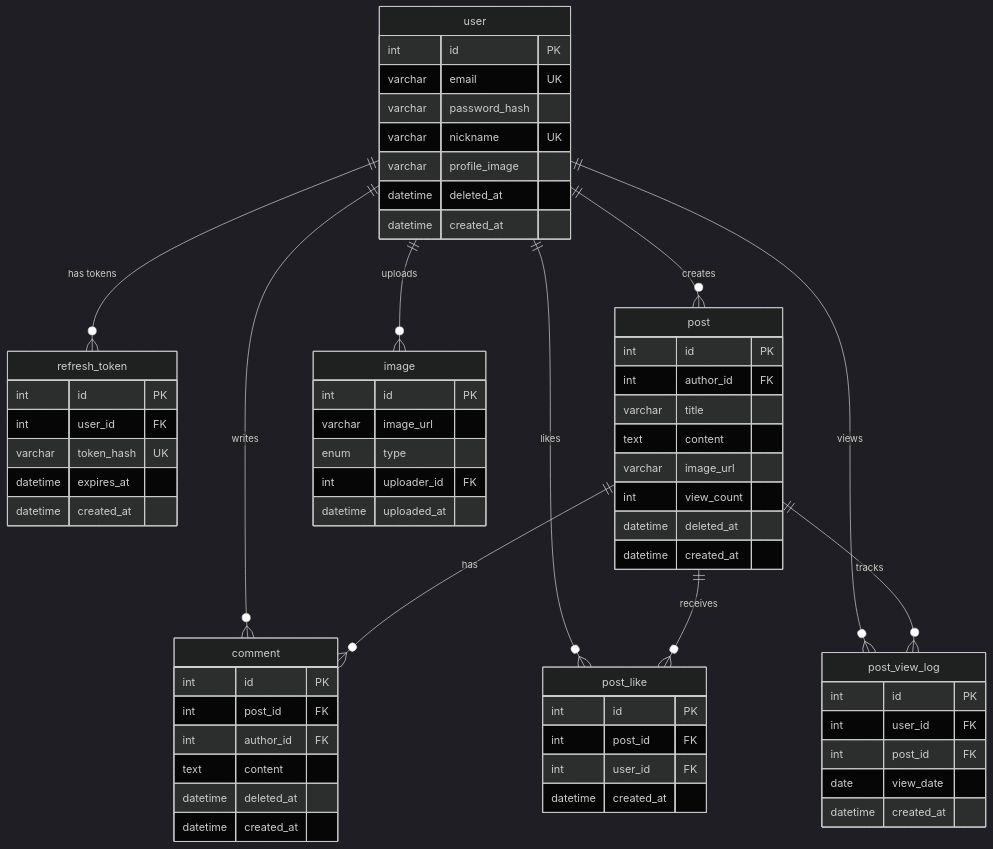
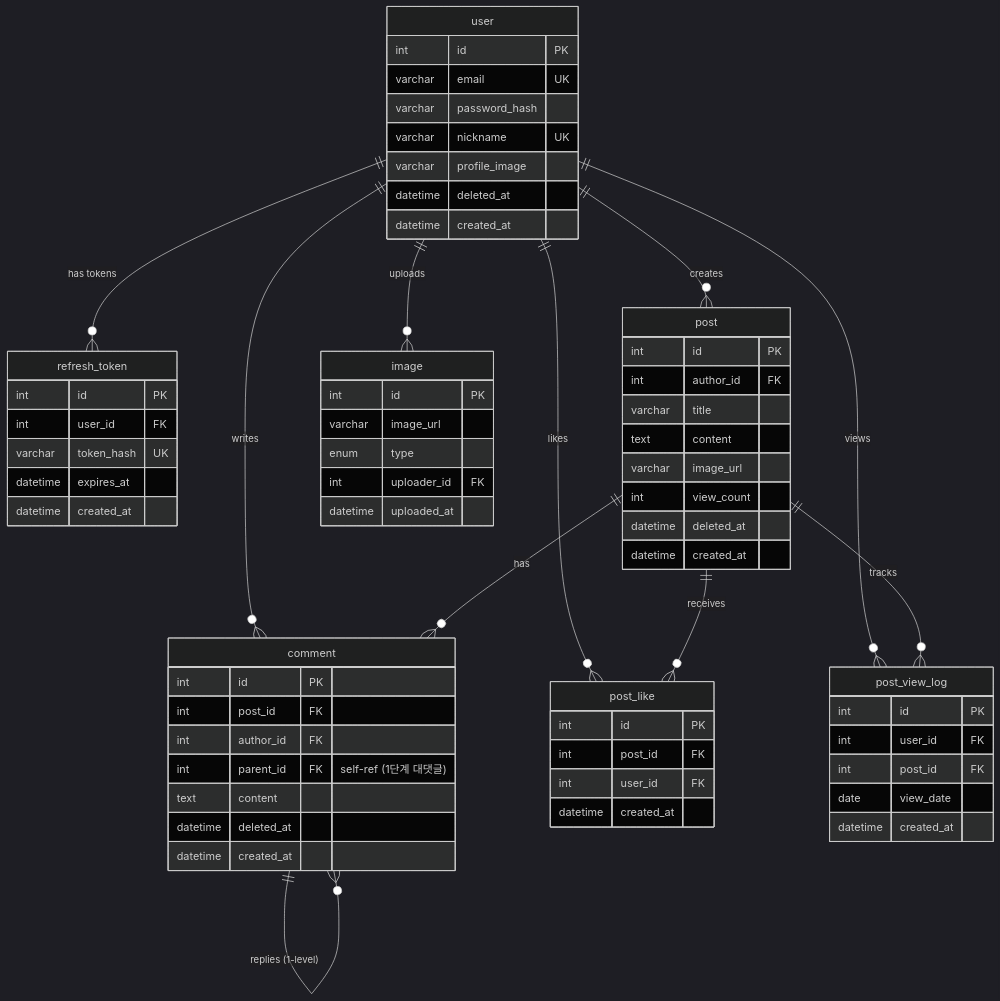
One commit to revenantonthemission/2-cho-community-be changed the second of 3 diagrams in README.md. Above: the diagram before and after it, drawn with Mermaid (dark theme). The commit also changed other lines of this file and 10 other files, not shown here.

````diff
--- a/README.md
+++ b/README.md
@@ -63,73 +62,75 @@
 ```mermaid
 erDiagram
     user ||--o{ refresh_token : "has tokens"
     user ||--o{ post : "creates"
     user ||--o{ comment : "writes"
     user ||--o{ post_like : "likes"
     user ||--o{ image : "uploads"
     user ||--o{ post_view_log : "views"
     post ||--o{ comment : "has"
+    comment ||--o{ comment : "replies (1-level)"
     post ||--o{ post_like : "receives"
     post ||--o{ post_view_log : "tracks"
 
     user {
         int id PK
         varchar email UK
         varchar password_hash
         varchar nickname UK
         varchar profile_image
         datetime deleted_at
         datetime created_at
     }
 
     refresh_token {
         int id PK
         int user_id FK
         varchar token_hash UK
         datetime expires_at
         datetime created_at
     }
 
     post {
         int id PK
         int author_id FK
         varchar title
         text content
         varchar image_url
         int view_count
         datetime deleted_at
         datetime created_at
     }
 
     comment {
         int id PK
         int post_id FK
         int author_id FK
+        int parent_id FK "self-ref (1단계 대댓글)"
         text content
         datetime deleted_at
         datetime created_at
     }
 
     post_like {
         int id PK
         int post_id FK
         int user_id FK
         datetime created_at
     }
 
     image {
         int id PK
         varchar image_url
         enum type
         int uploader_id FK
         datetime uploaded_at
     }
 
     post_view_log {
         int id PK
         int user_id FK
         int post_id FK
         date view_date
         datetime created_at
     }
 ```
````
